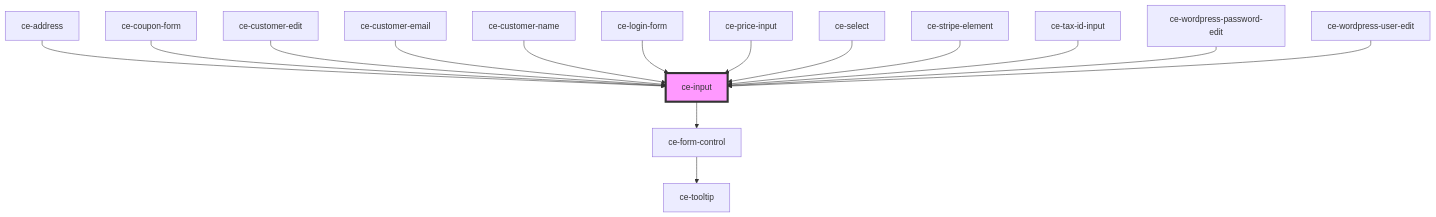
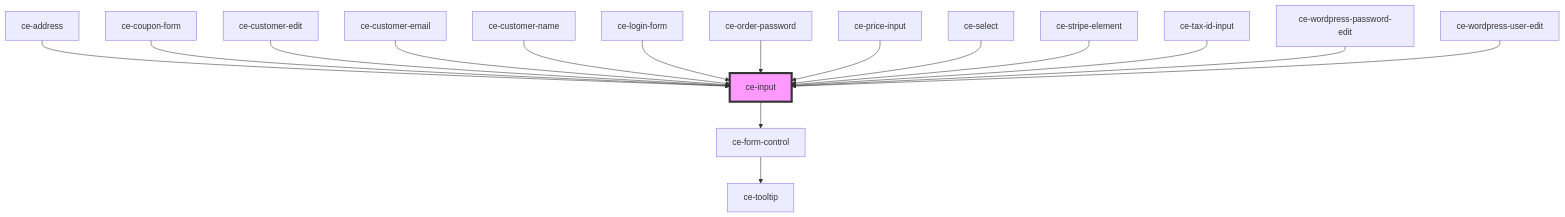
The diagram in packages/components/src/components/ui/input/readme.md (surecart/surecart-wp-plugin), drawn with Mermaid before and after one commit. The commit also changed other lines of this file and 29 other files, not shown here.

````diff
--- a/packages/components/src/components/ui/input/readme.md
+++ b/packages/components/src/components/ui/input/readme.md
@@ -130,18 +131,19 @@
 ```mermaid
 graph TD;
   ce-input --> ce-form-control
   ce-form-control --> ce-tooltip
   ce-address --> ce-input
   ce-coupon-form --> ce-input
   ce-customer-edit --> ce-input
   ce-customer-email --> ce-input
   ce-customer-name --> ce-input
   ce-login-form --> ce-input
+  ce-order-password --> ce-input
   ce-price-input --> ce-input
   ce-select --> ce-input
   ce-stripe-element --> ce-input
   ce-tax-id-input --> ce-input
   ce-wordpress-password-edit --> ce-input
   ce-wordpress-user-edit --> ce-input
   style ce-input fill:#f9f,stroke:#333,stroke-width:4px
 ```
````
